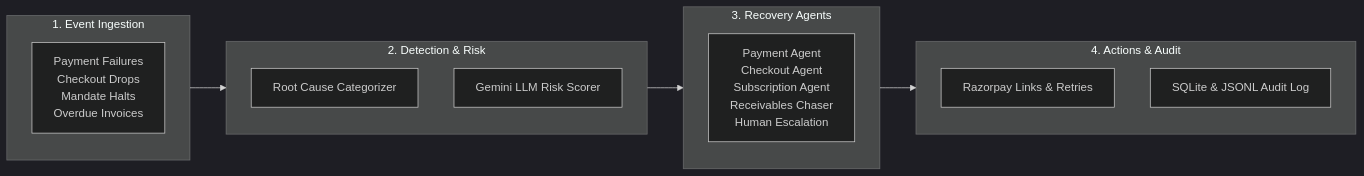
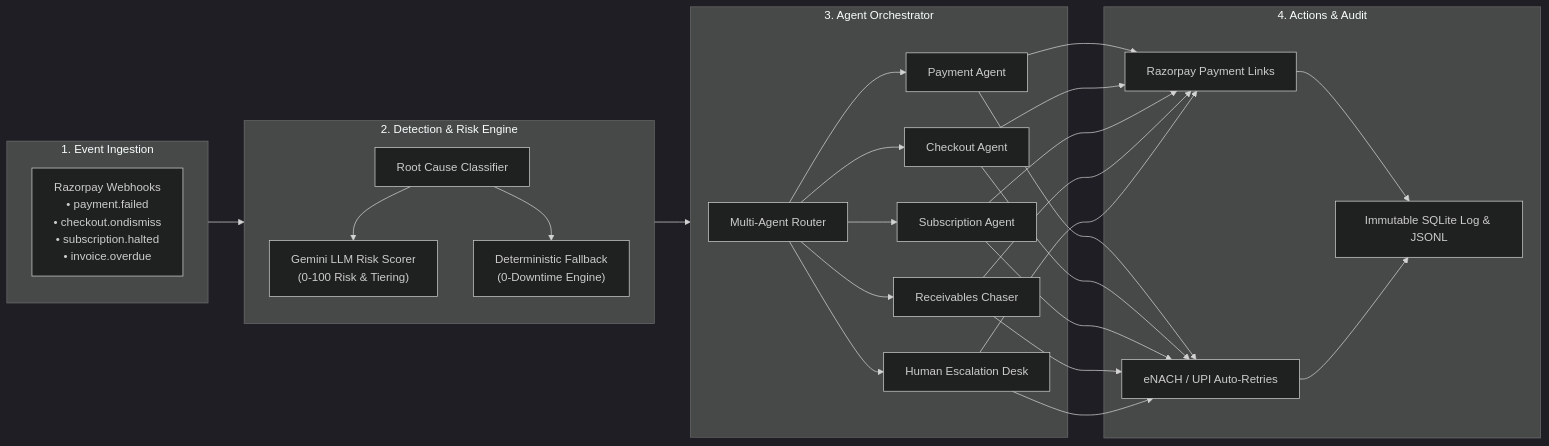
Before and after one commit to abhiraj-bambhore/Razor-RevX: the second of 2 diagrams in README.md, drawn with Mermaid (dark theme). The commit also changed other lines of this file, not shown here.

Commit message:
docs: Refine Deep-Dive architecture diagram with technical webhooks, fallback engines, and agent routers

````diff
--- a/README.md
+++ b/README.md
@@ -31,22 +31,31 @@
 ```mermaid
 flowchart LR
-    subgraph L1["1. Event Ingestion"]
-        A1["Payment Failures\nCheckout Drops\nMandate Halts\nOverdue Invoices"]
+    subgraph S1["1. Event Ingestion"]
+        E1["Razorpay Webhooks\n• payment.failed\n• checkout.ondismiss\n• subscription.halted\n• invoice.overdue"]
     end
 
-    subgraph L2["2. Detection & Risk"]
-        B1["Root Cause Categorizer"]
-        B2["Gemini LLM Risk Scorer"]
+    subgraph S2["2. Detection & Risk Engine"]
+        D1["Root Cause Classifier"]
+        D2["Gemini LLM Risk Scorer\n(0-100 Risk & Tiering)"]
+        D3["Deterministic Fallback\n(0-Downtime Engine)"]
+        D1 --> D2 & D3
     end
 
-    subgraph L3["3. Recovery Agents"]
-        C1["Payment Agent\nCheckout Agent\nSubscription Agent\nReceivables Chaser\nHuman Escalation"]
+    subgraph S3["3. Agent Orchestrator"]
+        R1["Multi-Agent Router"]
+        R1 --> A1["Payment Agent"]
+        R1 --> A2["Checkout Agent"]
+        R1 --> A3["Subscription Agent"]
+        R1 --> A4["Receivables Chaser"]
+        R1 --> A5["Human Escalation Desk"]
     end
 
-    subgraph L4["4. Actions & Audit"]
-        D1["Razorpay Links & Retries"]
-        D2["SQLite & JSONL Audit Log"]
+    subgraph S4["4. Actions & Audit"]
+        X1["Razorpay Payment Links"]
+        X2["eNACH / UPI Auto-Retries"]
+        X3["Immutable SQLite Log & JSONL"]
     end
 
-    L1 --> L2 --> L3 --> L4
+    S1 --> S2 --> S3
+    A1 & A2 & A3 & A4 & A5 --> X1 & X2 --> X3
 ```
````
